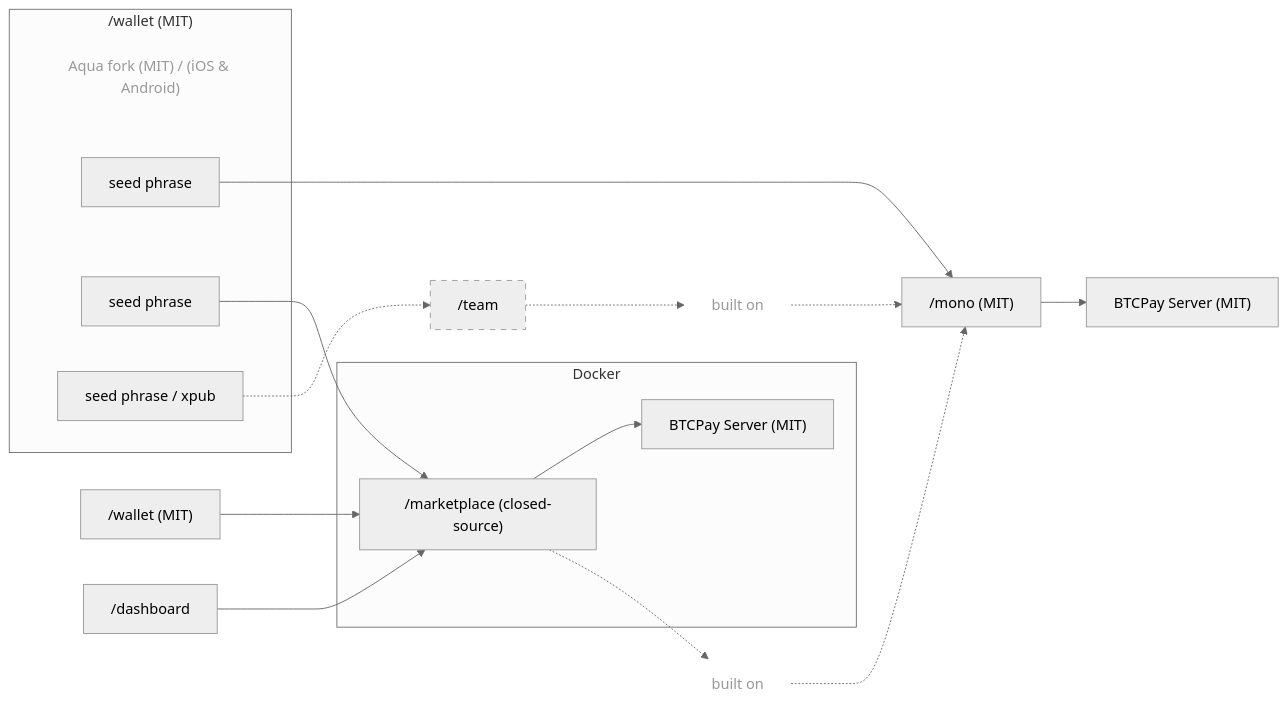
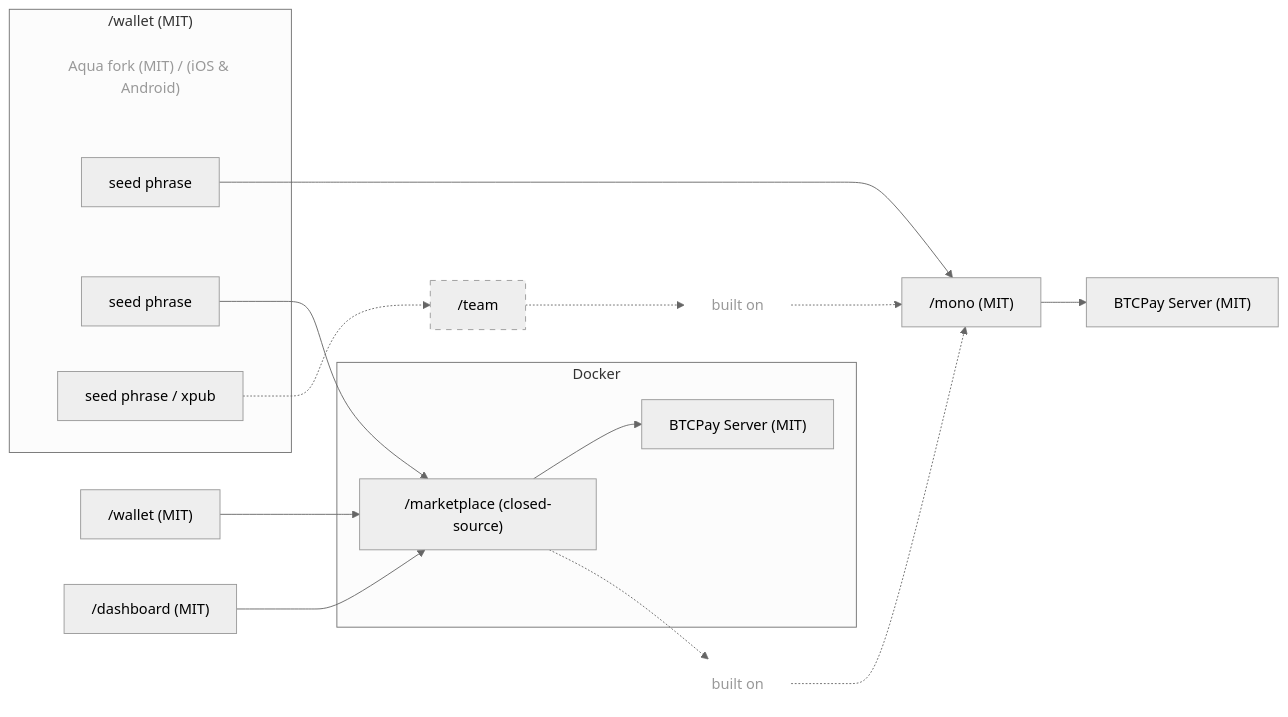
The diagram in profile/README.md (P2Payments/.github), drawn with Mermaid (neutral theme) before and after one commit.

Commit message:
Update dashboard link to include license information

````diff
--- a/profile/README.md
+++ b/profile/README.md
@@ -38,48 +38,48 @@
 ```mermaid
 flowchart LR
 
 subgraph walletWrap["/wallet (MIT)"]
   walletPlatform["Aqua fork (MIT) / (iOS & Android)"]
   seedMono["seed phrase"]
   seedMarket["seed phrase"]
   seedTeam["seed phrase / xpub"]
 end
 
 mono["/mono (MIT)"]
 monoBtcpay["BTCPay Server (MIT)"]
 
 subgraph docker["Docker"]
   marketplace["/marketplace (closed-source)"]
   marketBtcpay["BTCPay Server (MIT)"]
 end
 
 team["/team"]
 otherWallet["/wallet (MIT)"]
 builtMarket["built on"]
 builtTeam["built on"]
 
-dashboard["/dashboard"]
+dashboard["/dashboard (MIT)"]
 
 seedMono --> mono
 seedMarket --> marketplace
 seedTeam -.-> team
 otherWallet --> marketplace
 
 mono --> monoBtcpay
 marketplace --> marketBtcpay
 dashboard --> marketplace
 
 marketplace -.-> builtMarket
 builtMarket -.-> mono
 
 team -.-> builtTeam
 builtTeam -.-> mono
 
 style team stroke-dasharray: 6 6
 style builtMarket fill:transparent,stroke:transparent,color:#999
 style builtTeam fill:transparent,stroke:transparent,color:#999
 style walletPlatform fill:transparent,stroke:transparent,color:#999
 
 click otherWallet "https://github.com/P2Pagos/wallet" "_blank"
 click mono "https://github.com/P2Pagos/mono" "_blank"
 ```
````
